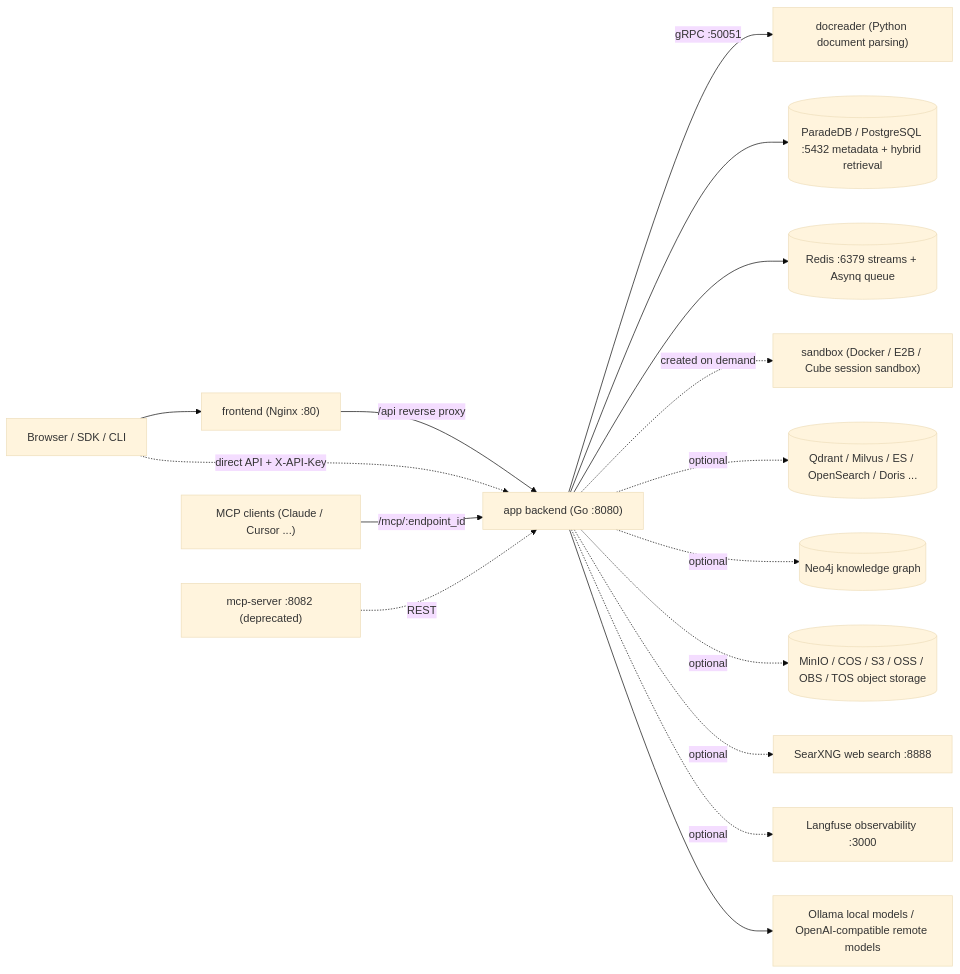
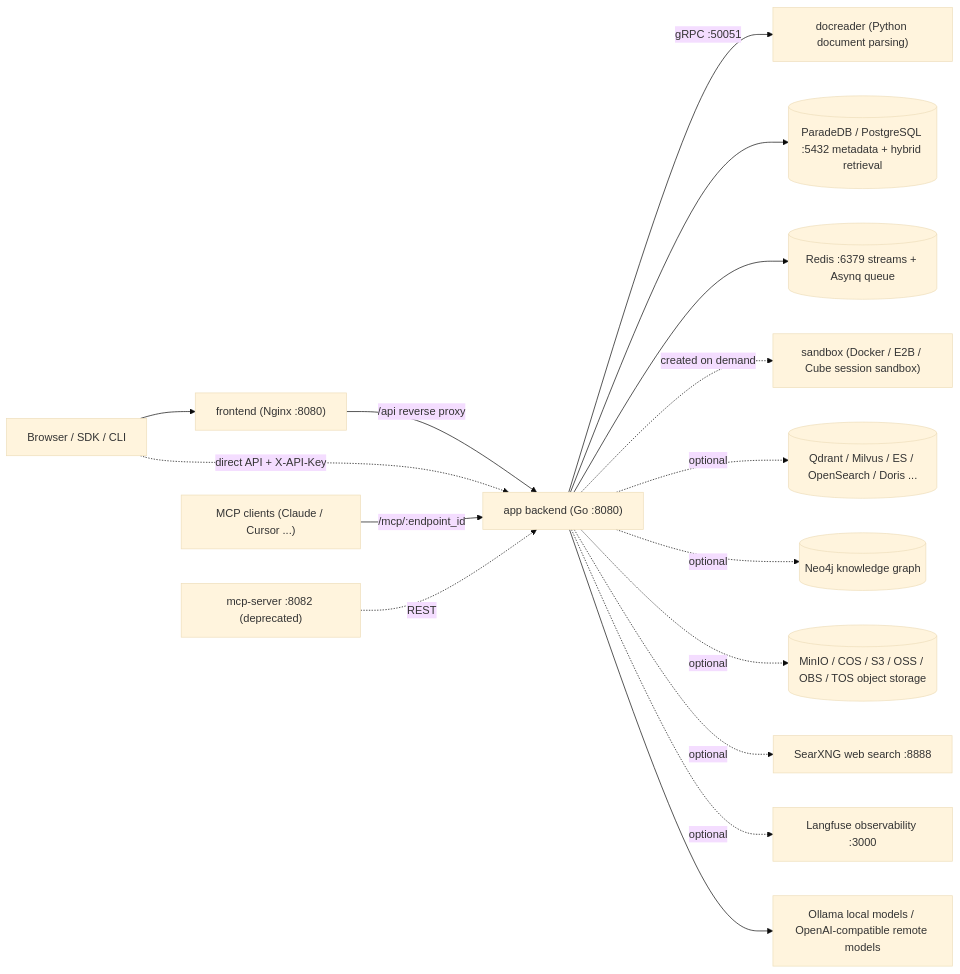
Before and after one commit to jrmatherly/ai-kb: the second of 2 diagrams in website-docs/01-getting-started/01-introduction.md, drawn with Mermaid (base theme). The commit also changed other lines of this file and 31 other files, not shown here.

````diff
--- a/website-docs/01-getting-started/01-introduction.md
+++ b/website-docs/01-getting-started/01-introduction.md
@@ -140,18 +140,18 @@
 ```mermaid
 flowchart LR
-    Browser["Browser / SDK / CLI"] --> FE["frontend (Nginx :80)"]
+    Browser["Browser / SDK / CLI"] --> FE["frontend (Nginx :8080)"]
     FE -- "/api reverse proxy" --> APP["app backend (Go :8080)"]
     Browser -. "direct API + X-API-Key" .-> APP
     APP -- "gRPC :50051" --> DR["docreader (Python document parsing)"]
     APP --> PG[("ParadeDB / PostgreSQL :5432 metadata + hybrid retrieval")]
     APP --> RD[("Redis :6379 streams + Asynq queue")]
     APP -. "created on demand" .-> SB["sandbox (Docker / E2B / Cube session sandbox)"]
     APP -. "optional" .-> VDB[("Qdrant / Milvus / ES / OpenSearch / Doris ...")]
     APP -. "optional" .-> NEO[("Neo4j knowledge graph")]
     APP -. "optional" .-> OSS[("MinIO / COS / S3 / OSS / OBS / TOS object storage")]
     APP -. "optional" .-> SX["SearXNG web search :8888"]
     APP -. "optional" .-> LF["Langfuse observability :3000"]
     APP --> LLM["Ollama local models / OpenAI-compatible remote models"]
     MCPC["MCP clients (Claude / Cursor ...)"] -- "/mcp/:endpoint_id" --> APP
     MCPS["mcp-server :8082 (deprecated)"] -. "REST" .-> APP
 ```
````
